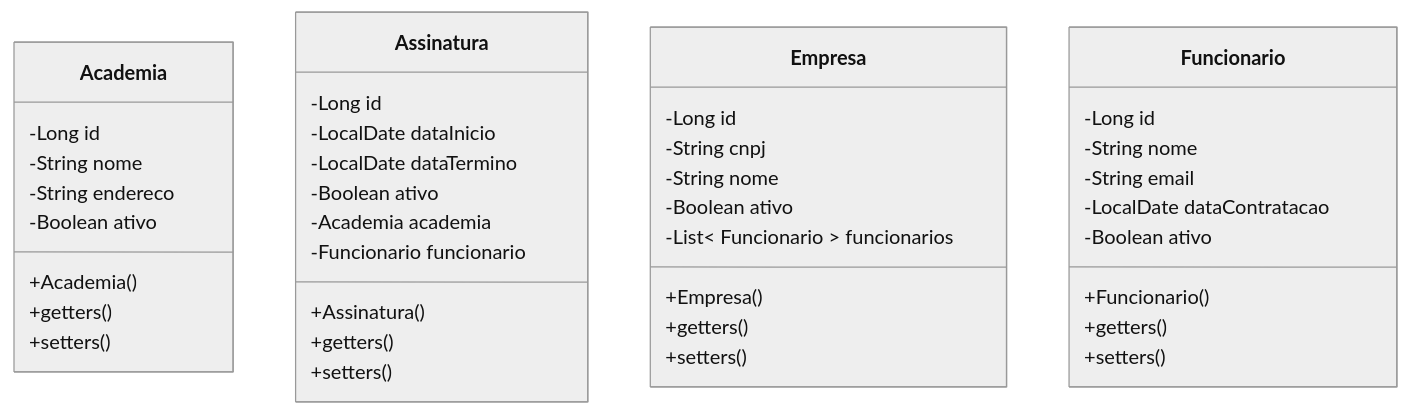
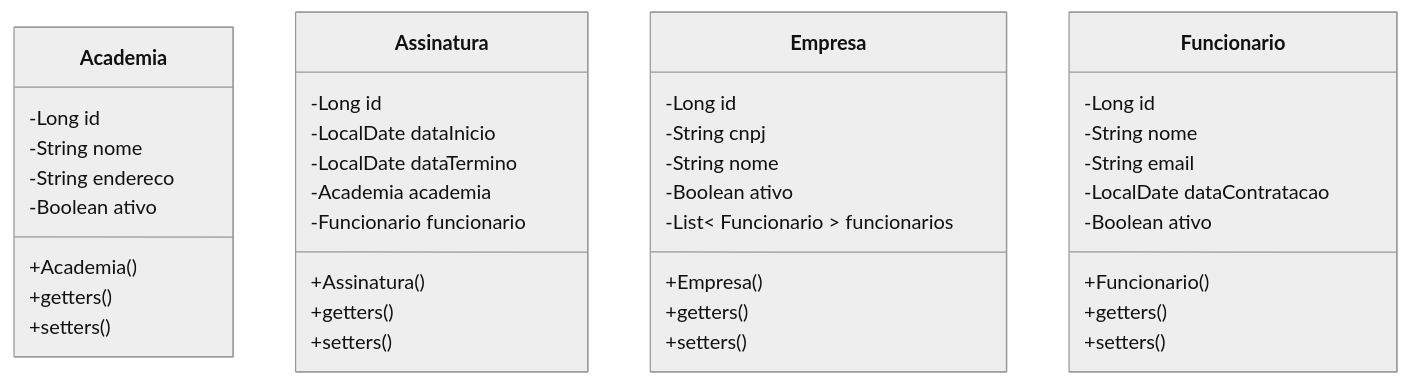
The diagram in exercicios/exercicio-017/versao-001/README.md (heltonricardo/enunciados-exercicios-java), drawn with Mermaid (neutral theme) before and after one commit. The commit also changed other lines of this file, not shown here.

````diff
--- a/exercicios/exercicio-017/versao-001/README.md
+++ b/exercicios/exercicio-017/versao-001/README.md
@@ -102,47 +104,46 @@
 ```mermaid
 classDiagram
 
 class Academia {
   -Long id
   -String nome
   -String endereco
   -Boolean ativo
   +Academia()
   +getters()
   +setters()
 }
 
 class Assinatura {
   -Long id
   -LocalDate dataInicio
   -LocalDate dataTermino
-  -Boolean ativo
   -Academia academia
   -Funcionario funcionario
   +Assinatura()
   +getters()
   +setters()
 }
 
 class Empresa {
   -Long id
   -String cnpj
   -String nome
   -Boolean ativo
   -List< Funcionario > funcionarios
   +Empresa()
   +getters()
   +setters()
 }
 
 class Funcionario {
   -Long id
   -String nome
   -String email
   -LocalDate dataContratacao
   -Boolean ativo
   +Funcionario()
   +getters()
   +setters()
 }
 ```
````
